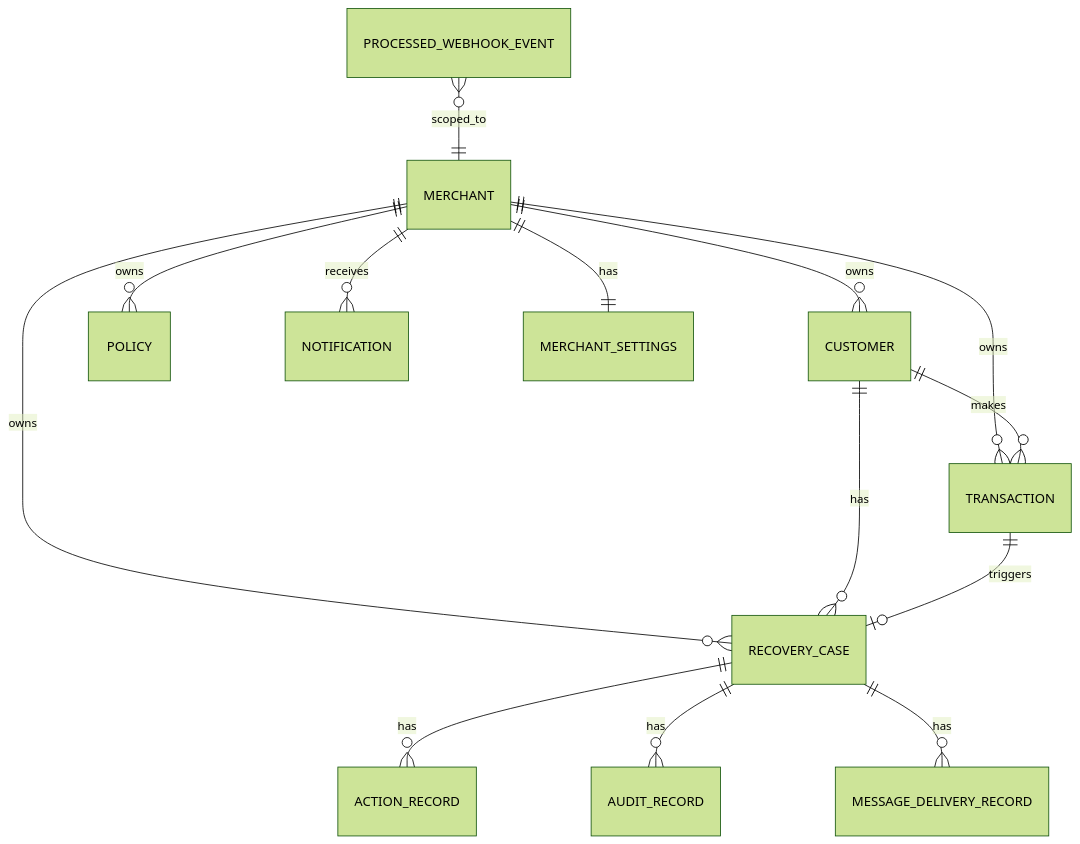
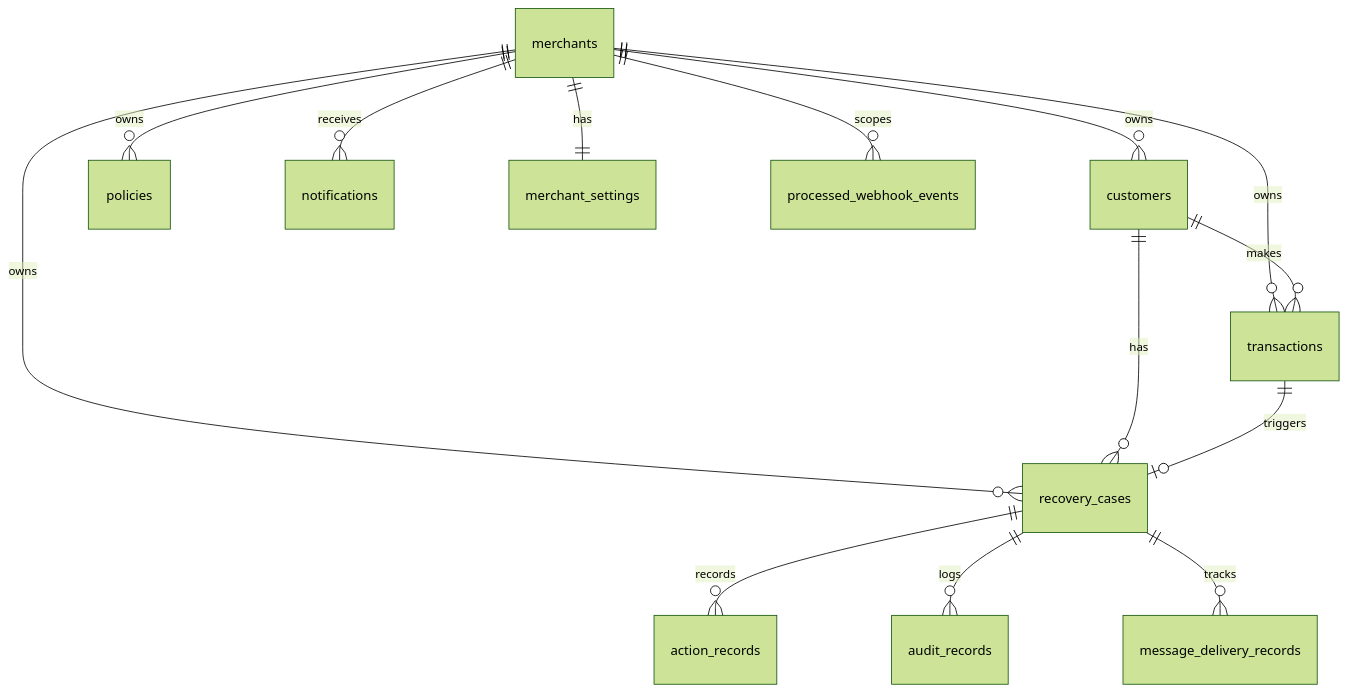
The seventh of 7 diagrams in README.md (Samarjamal326/PayBack), drawn with Mermaid (forest theme) before and after one commit. The commit also changed other lines of this file, not shown here.

Commit message:
docs: comprehensively update and rewrite README.md for current architecture and capabilities

````diff
--- a/README.md
+++ b/README.md
@@ -445,16 +572,16 @@
 ```mermaid
 erDiagram
-    MERCHANT ||--o{ CUSTOMER : owns
-    MERCHANT ||--o{ TRANSACTION : owns
-    MERCHANT ||--o{ RECOVERY_CASE : owns
-    MERCHANT ||--o{ POLICY : owns
-    MERCHANT ||--o{ NOTIFICATION : receives
-    MERCHANT ||--|| MERCHANT_SETTINGS : has
-    CUSTOMER ||--o{ TRANSACTION : makes
-    CUSTOMER ||--o{ RECOVERY_CASE : has
-    TRANSACTION ||--o| RECOVERY_CASE : triggers
-    RECOVERY_CASE ||--o{ ACTION_RECORD : has
-    RECOVERY_CASE ||--o{ AUDIT_RECORD : has
-    RECOVERY_CASE ||--o{ MESSAGE_DELIVERY_RECORD : has
-    PROCESSED_WEBHOOK_EVENT }o--|| MERCHANT : scoped_to
+    merchants ||--o{ customers : owns
+    merchants ||--o{ transactions : owns
+    merchants ||--o{ recovery_cases : owns
+    merchants ||--o{ policies : owns
+    merchants ||--o{ notifications : receives
+    merchants ||--|| merchant_settings : has
+    merchants ||--o{ processed_webhook_events : scopes
+    customers ||--o{ transactions : makes
+    customers ||--o{ recovery_cases : has
+    transactions ||--o| recovery_cases : triggers
+    recovery_cases ||--o{ action_records : records
+    recovery_cases ||--o{ audit_records : logs
+    recovery_cases ||--o{ message_delivery_records : tracks
 ```
````
